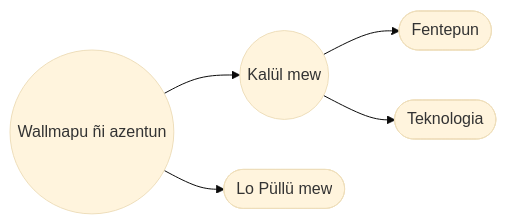
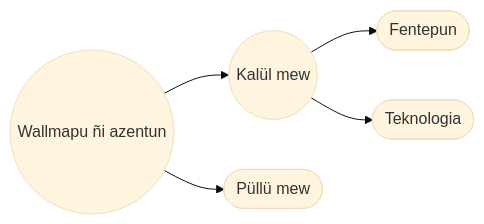
One commit to EGGS-Artesvisuales/EGGS-Artesvisuales.github.io changed the diagram in MPD/tangible.md. Above: the diagram before and after it, drawn with Mermaid (base theme). The commit also changed 9 other files, not shown here.

```diff
--- a/MPD/tangible.md
+++ b/MPD/tangible.md
@@ -15,18 +15,18 @@
 <div class="mermaid">
 flowchart LR
   representacion((Wallmapu ñi azentun))
   tangible(("Kalül mew"))
-  intangible(["Lo Püllü mew"])
+  intangible(["Püllü mew"])
 
   representacion --> tangible
   representacion --> intangible
 
   tangible --> saturacion(["Fentepun"])
   tangible --> tecnologia(["Teknologia"])
 
   click representacion "/MPD/mundo-exterior.html" "Amun: Wallmapu ñi azentun"
   click tangible "/MPD/tangible.html" "Amun: Kalül mew"
   click saturacion "/MPD/saturacion.html" "Amun: Fentepun"
   click tecnologia "/MPD/en-construccion.html" "Amun: Teknologia"
-  click intangible "/MPD/intangible.html" "Amun: Lo Püllü mew"
+  click intangible "/MPD/intangible.html" "Amun: Püllü mew"
 </div>
```
